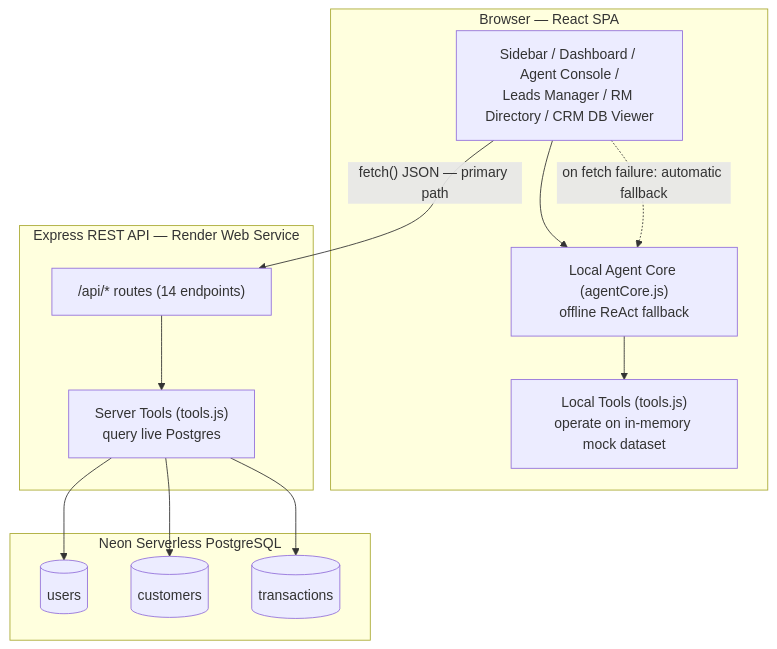
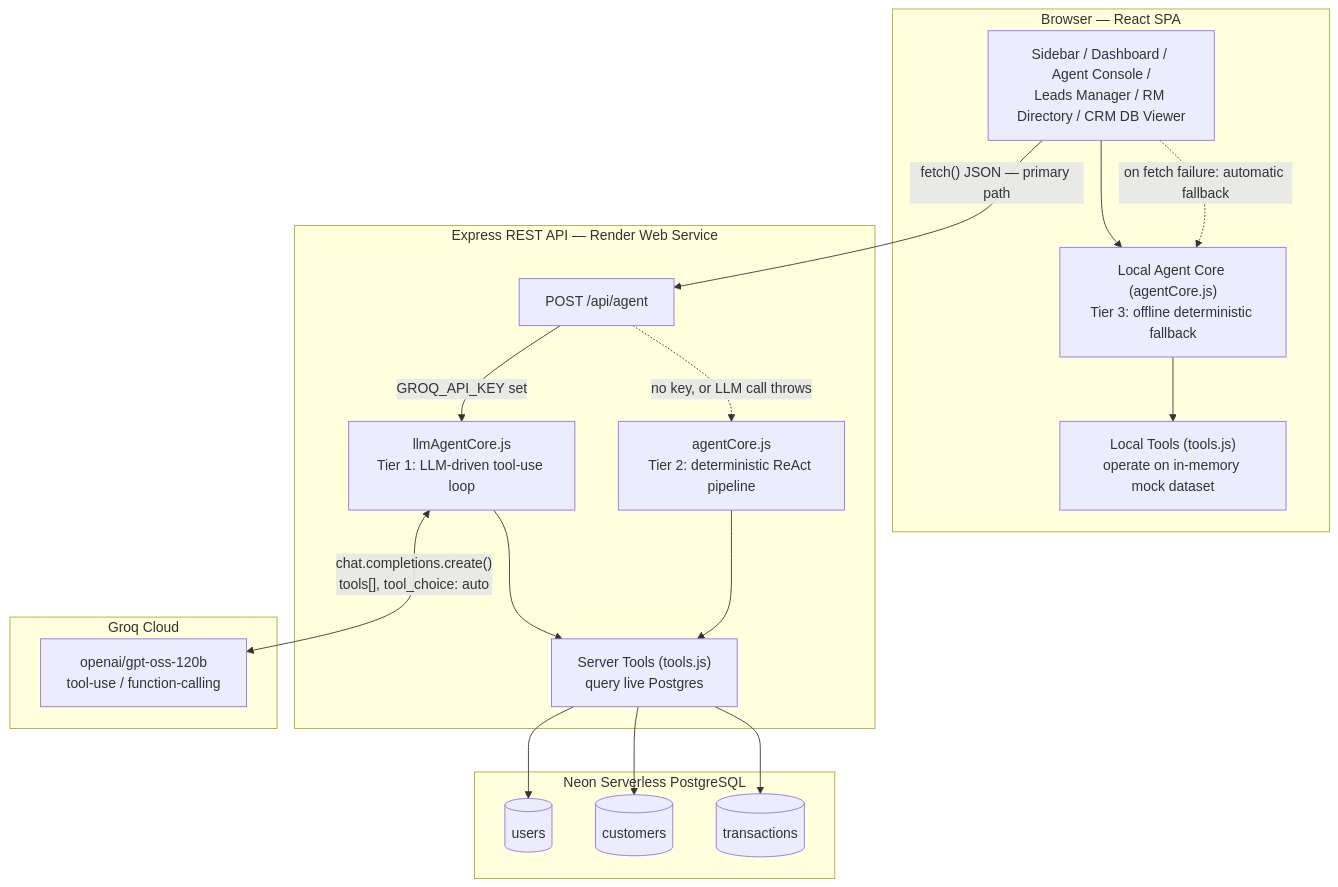
Before and after one commit to Harsh24vardhan/agentic-crm-banking: the first of 6 diagrams in README.md, drawn with Mermaid. The commit also changed other lines of this file and 22 other files, not shown here.

First line of the commit message:
feat: real LLM-driven agent orchestration (Groq), critical parser bug fix, dedup

````diff
--- a/README.md
+++ b/README.md
@@ -108,28 +114,38 @@
 ```mermaid
 graph TD
     subgraph Client["Browser — React SPA"]
         UIComp["Sidebar / Dashboard / Agent Console /<br/>Leads Manager / RM Directory / CRM DB Viewer"]
-        LocalAgent["Local Agent Core (agentCore.js)<br/>offline ReAct fallback"]
+        LocalAgent["Local Agent Core (agentCore.js)<br/>Tier 3: offline deterministic fallback"]
         LocalTools["Local Tools (tools.js)<br/>operate on in-memory mock dataset"]
         UIComp --> LocalAgent --> LocalTools
     end
 
     subgraph Server["Express REST API — Render Web Service"]
-        API["/api/* routes (14 endpoints)"]
+        API["POST /api/agent"]
+        LLMCore["llmAgentCore.js<br/>Tier 1: LLM-driven tool-use loop"]
+        DetCore["agentCore.js<br/>Tier 2: deterministic ReAct pipeline"]
         ServerTools["Server Tools (tools.js)<br/>query live Postgres"]
-        API --> ServerTools
+        API -->|"GROQ_API_KEY set"| LLMCore
+        API -.->|"no key, or LLM call throws"| DetCore
+        LLMCore --> ServerTools
+        DetCore --> ServerTools
+    end
+
+    subgraph Groq["Groq Cloud"]
+        Model["openai/gpt-oss-120b<br/>tool-use / function-calling"]
     end
 
     subgraph Data["Neon Serverless PostgreSQL"]
         Users[(users)]
         Customers[(customers)]
         Transactions[(transactions)]
     end
 
     UIComp -->|"fetch() JSON — primary path"| API
+    LLMCore <-->|"chat.completions.create()<br/>tools[], tool_choice: auto"| Model
     ServerTools --> Users
     ServerTools --> Customers
     ServerTools --> Transactions
 
     UIComp -.->|"on fetch failure: automatic fallback"| LocalAgent
 ```
````
